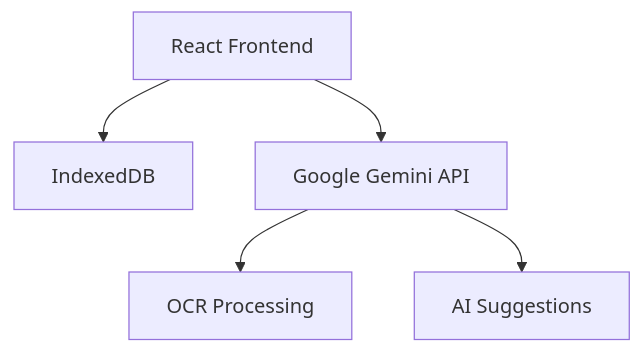
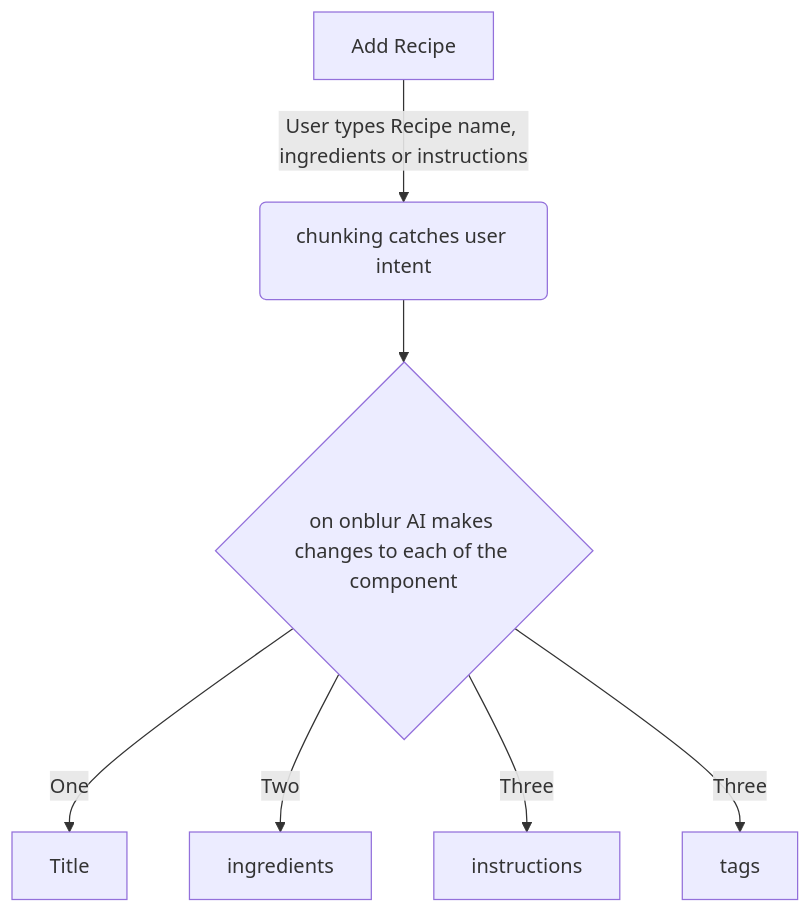
The diagram in README.md (alibaba45/recipe-snap-public), drawn with Mermaid before and after one commit.

````diff
--- a/README.md
+++ b/README.md
@@ -32,7 +32,9 @@
 ```mermaid
-graph TD
-    A[React Frontend] --> B[IndexedDB]
-    A --> C[Google Gemini API]
-    C --> D[OCR Processing]
-    C --> E[AI Suggestions]
+flowchart TD
+    A[Add Recipe] -->|User types Recipe name, ingredients or instructions| B(chunking catches user intent)
+    B --> C{on onblur AI makes changes to each of the component}
+    C -->|One| D[Title ]
+    C -->|Two| E[ingredients]
+    C -->|Three| F[instructions]
+    C -->|Three| G[tags]
 ```
````
